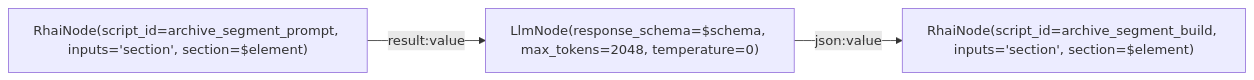
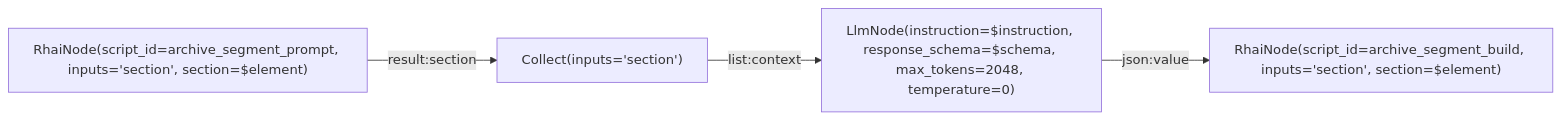
One commit to L-Defraiteur/rag3db changed the diagram in extension/rag3weaver/templates/backends/memory/graphs/archive_segment.mmd. Above: the diagram before and after it, drawn with Mermaid. The commit also changed 6 other files, not shown here.

Commit message:
feat(memoire): B3 — l'extraction d'une tranche et le découpage d'une section composent leur invite par Collect et LlmNode (instruction en paramètre, la tranche ou la section numérotée en part) ; les règles d'un sujet passent dans les descriptions du schéma ; archive_slice_prompt.rhai retiré

```diff
--- a/extension/rag3weaver/templates/backends/memory/graphs/archive_segment.mmd
+++ b/extension/rag3weaver/templates/backends/memory/graphs/archive_segment.mmd
@@ -1,12 +1,15 @@
 %% tool: archive_segment
 %% description: Splits a long section into topics (archive, param segment_over): its numbered paragraphs go to the model, which returns its topics under a schema ({topics: [{title, from, to}]}); each topic becomes a sub-section titled « <title> §from-to » whose text is its paragraphs. A model that does not return this JSON makes the call fail, naming response_schema: nothing is guessed. No topic returned: the section stays whole.
 %% param: element json! -- The long section.
-%% param: schema json = {"type": "object", "properties": {"topics": {"type": "array", "items": {"type": "object", "properties": {"title": {"type": "string"}, "from": {"type": "integer"}, "to": {"type": "integer"}}, "required": ["title", "from", "to"], "additionalProperties": false}}}, "required": ["topics"], "additionalProperties": false} -- The shape of the model reply.
+%% param: instruction string = "Split this section into topics." -- The task line of the split, set before the numbered section. The rules are in the descriptions of the schema.
+%% param: schema json = {"type": "object", "properties": {"topics": {"type": "array", "description": "The topics of the section, in order; each paragraph is in exactly one topic.", "items": {"type": "object", "properties": {"title": {"type": "string", "description": "The topic in a few words: a piece of work, a thing or a rule."}, "from": {"type": "integer", "description": "The first paragraph of the topic, by its [n] number, included. Neighbouring paragraphs on the same topic go together."}, "to": {"type": "integer", "description": "The last paragraph of the topic, by its [n] number, included."}}, "required": ["title", "from", "to"], "additionalProperties": false}}}, "required": ["topics"], "additionalProperties": false} -- The shape of the model reply; the meaning of each field is in its description.
 %% result: build.result
 
 graph LR
     prompt["RhaiNode(script_id=archive_segment_prompt, inputs='section', section=$element)"]
-    model["LlmNode(response_schema=$schema, max_tokens=2048, temperature=0)"]
+    parts["Collect(inputs='section')"]
+    model["LlmNode(instruction=$instruction, response_schema=$schema, max_tokens=2048, temperature=0)"]
     build["RhaiNode(script_id=archive_segment_build, inputs='section', section=$element)"]
-    prompt -->|result:value| model
+    prompt -->|result:section| parts
+    parts -->|list:context| model
     model -->|json:value| build
```
